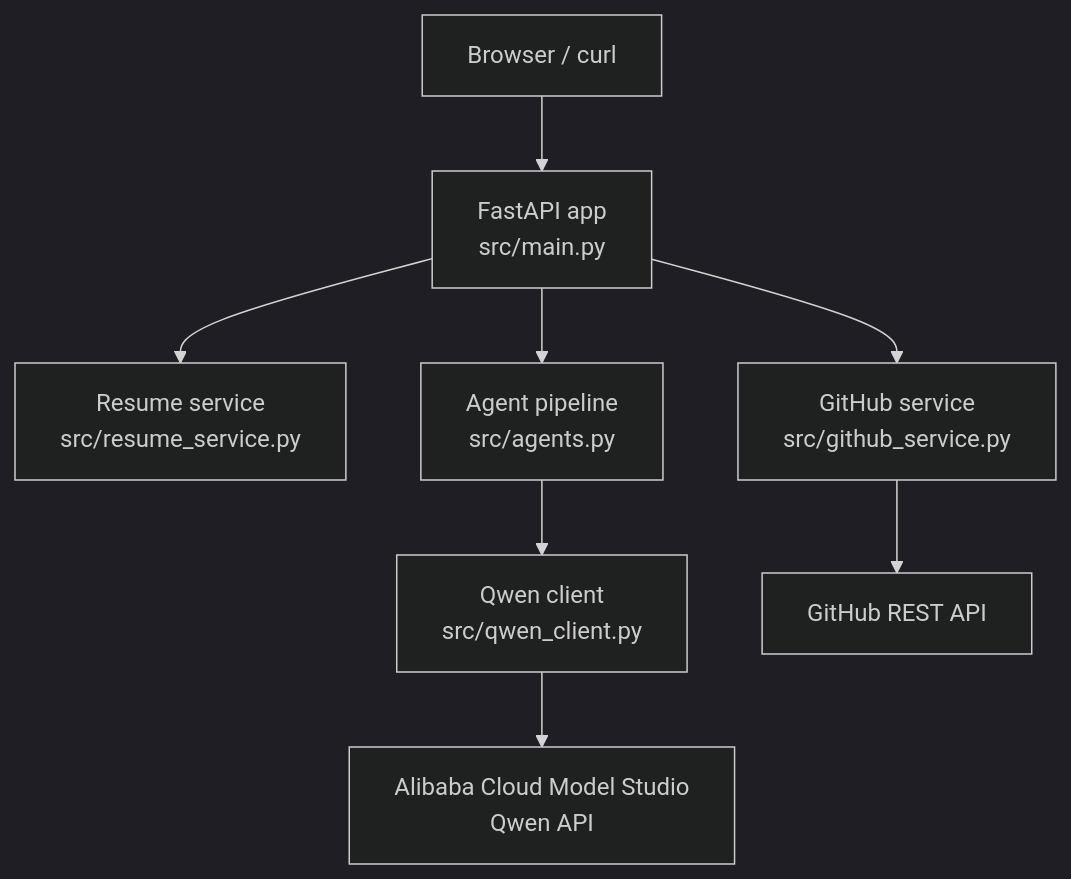
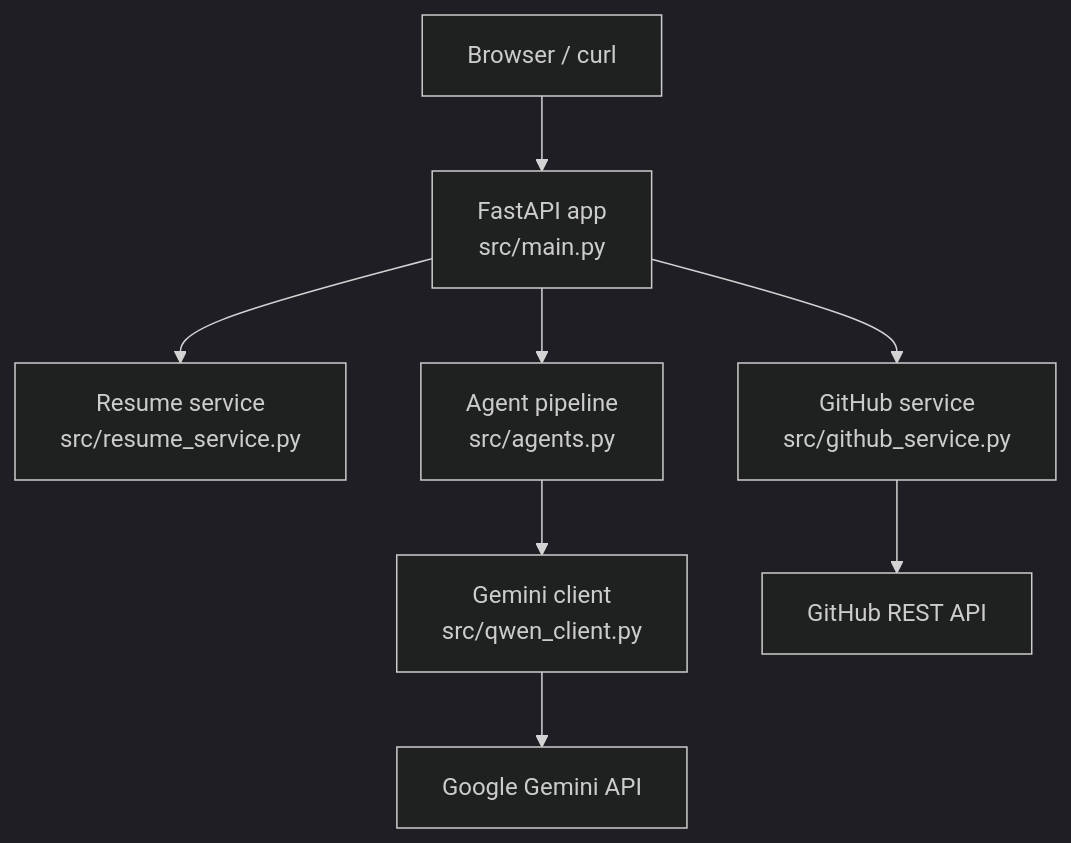
Before and after one commit to waqarimran342/CareerOS-AI: the first of 4 diagrams in .qoder/repowiki/en/content/Getting Started.md, drawn with Mermaid (dark theme). The commit also changed other lines of this file and 32 other files, not shown here.

````diff
--- a/.qoder/repowiki/en/content/Getting Started.md
+++ b/.qoder/repowiki/en/content/Getting Started.md
@@ -49,10 +57,10 @@
 ```mermaid
 graph TB
 Client["Browser / curl"] --> Main["FastAPI app<br/>src/main.py"]
 Main --> ResumeSvc["Resume service<br/>src/resume_service.py"]
 Main --> GitHubSvc["GitHub service<br/>src/github_service.py"]
 Main --> Agents["Agent pipeline<br/>src/agents.py"]
-Agents --> Qwen["Qwen client<br/>src/qwen_client.py"]
-Qwen --> Model["Alibaba Cloud Model Studio<br/>Qwen API"]
+Agents --> Gemini["Gemini client<br/>src/qwen_client.py"]
+Gemini --> Model["Google Gemini API"]
 GitHubSvc --> GH["GitHub REST API"]
 ```
````
